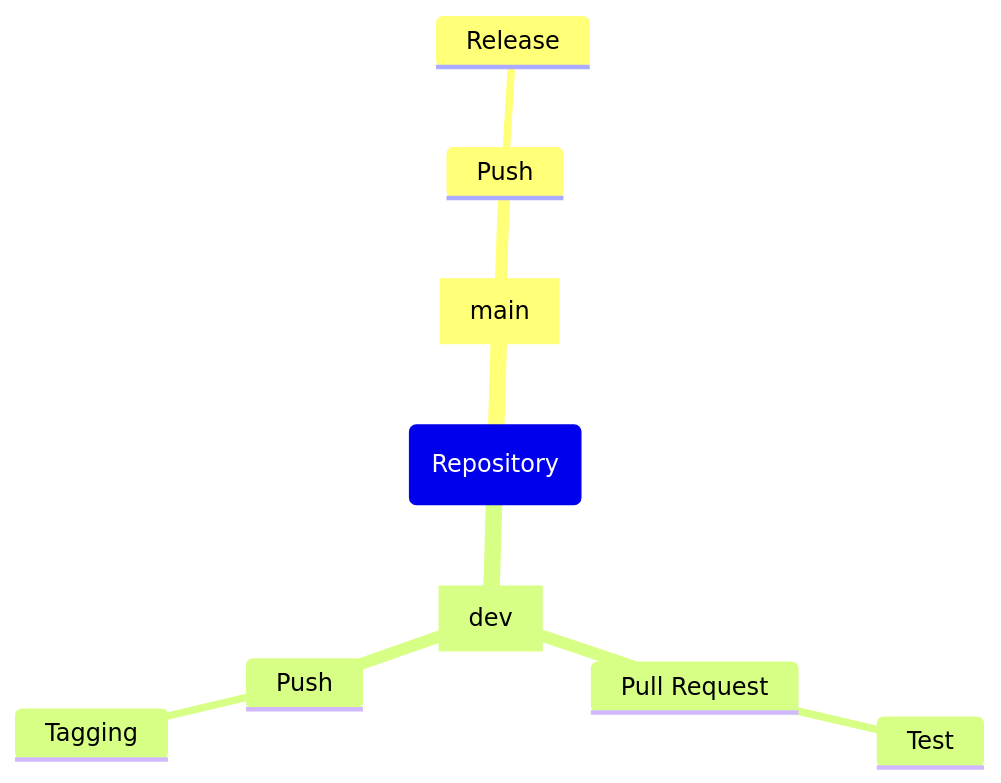
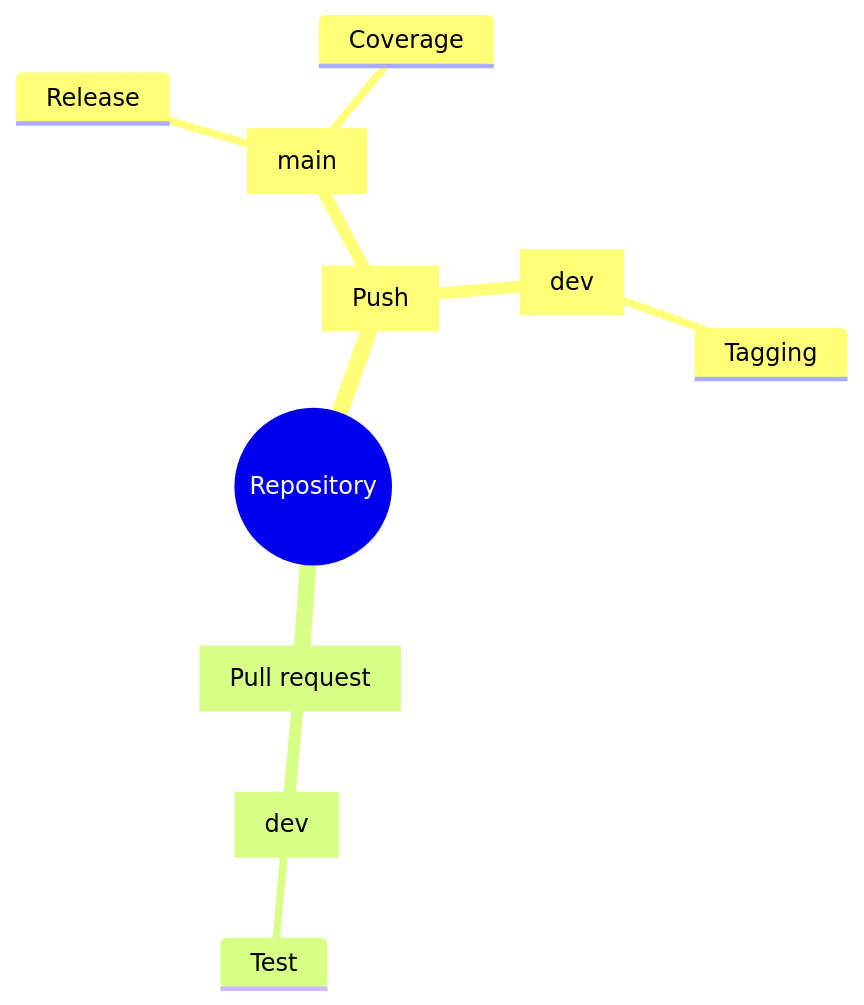
Before and after one commit to hawks-atlanta/docs: the second of 7 diagrams in CICD.md, drawn with Mermaid. The commit also changed other lines of this file, not shown here.

````diff
--- a/CICD.md
+++ b/CICD.md
@@ -5,12 +21,13 @@
 ```mermaid
 mindmap
-(Repository)
-	[main]
-		Push
+((Repository))
+	[Push]
+		[main]
 			Release
-	[dev]
-		Pull Request
+			Coverage
+		[dev]
+			Tagging
+	[Pull request]
+		[dev]
 			Test
-		Push
-			Tagging
 ```
````
